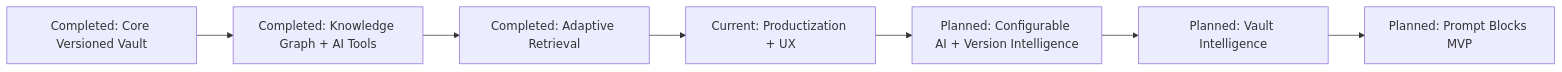
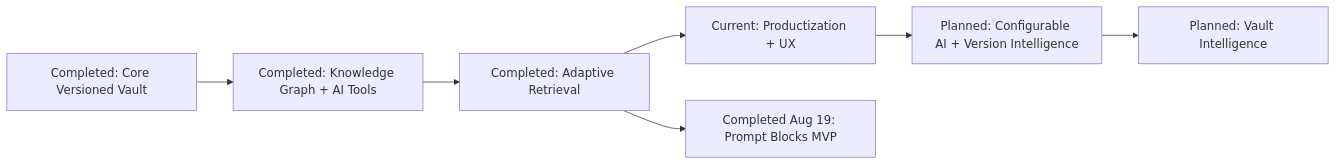
One commit to kirolossedra/Prompt-management changed the second of 3 diagrams in README.md. Above: the diagram before and after it, drawn with Mermaid. The commit also changed other lines of this file and 50 other files, not shown here.

Commit message:
feat: add Prompt Blocks visual transformation pipelines

````diff
--- a/README.md
+++ b/README.md
@@ -185,9 +189,9 @@
 ```mermaid
 flowchart LR
     A[Completed: Core Versioned Vault] --> B[Completed: Knowledge Graph + AI Tools]
     B --> C[Completed: Adaptive Retrieval]
     C --> D[Current: Productization + UX]
+    C --> G[Completed Aug 19: Prompt Blocks MVP]
     D --> E[Planned: Configurable AI + Version Intelligence]
     E --> F[Planned: Vault Intelligence]
-    F --> G[Planned: Prompt Blocks MVP]
 ```
````
